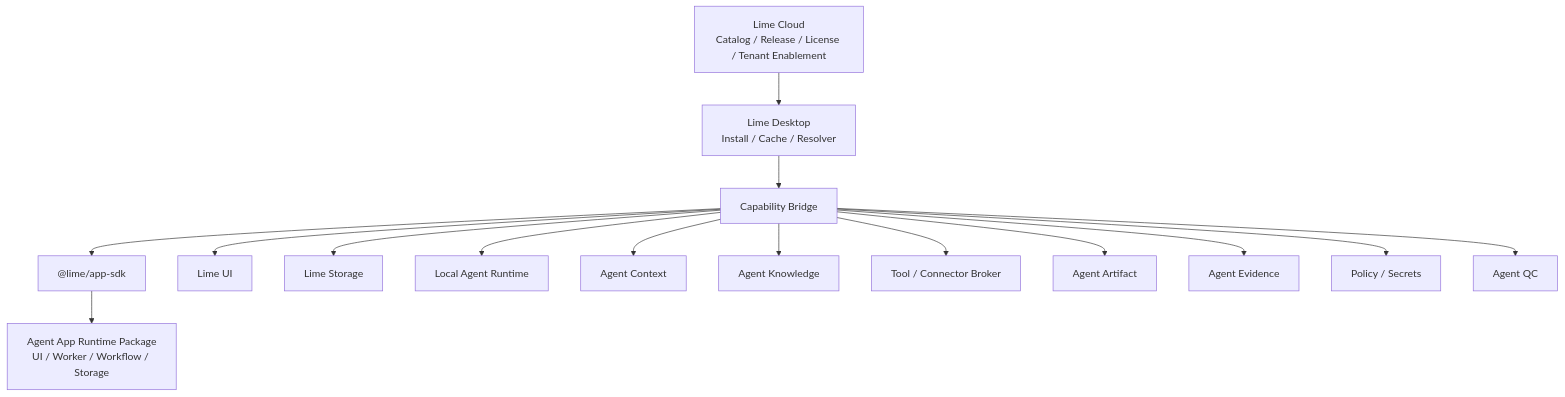
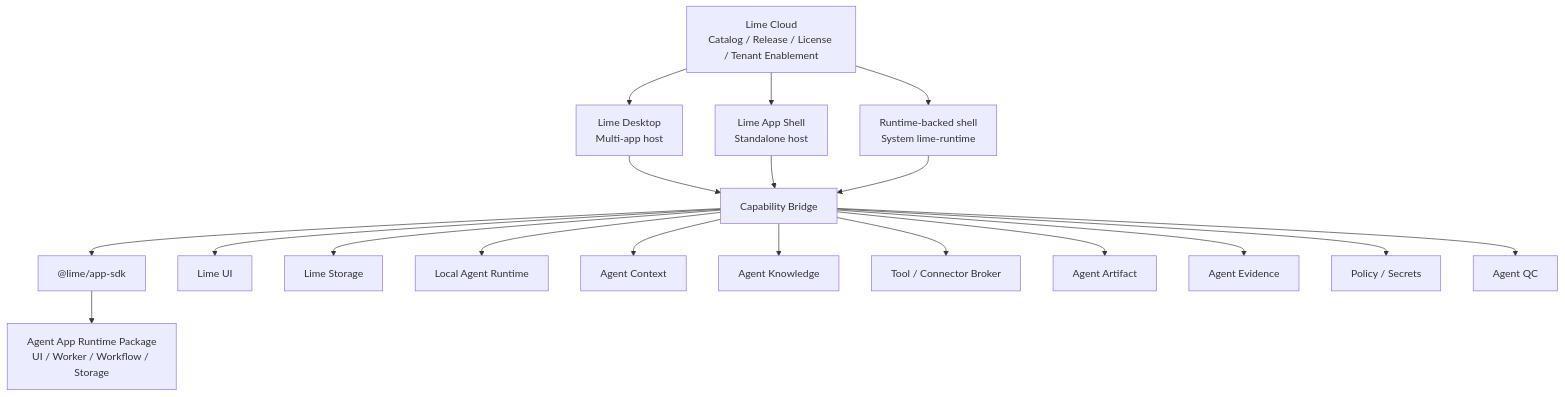
Before and after one commit to limecloud/agentapp: the third of 3 diagrams in docs/en/what-is-agent-app.md, drawn with Mermaid. The commit also changed other lines of this file and 52 other files, not shown here.

````diff
--- a/docs/en/what-is-agent-app.md
+++ b/docs/en/what-is-agent-app.md
@@ -110,20 +116,26 @@
 ```mermaid
 flowchart TD
   Cloud[Lime Cloud
 Catalog / Release / License / Tenant Enablement] --> Desktop[Lime Desktop
-Install / Cache / Resolver]
+Multi-app host]
+  Cloud --> Shell[Lime App Shell
+Standalone host]
+  Cloud --> RuntimeBacked[Runtime-backed shell
+System lime-runtime]
   Desktop --> Bridge[Capability Bridge]
+  Shell --> Bridge
+  RuntimeBacked --> Bridge
   Bridge --> SDK["@lime/app-sdk"]
   SDK --> App[Agent App Runtime Package
 UI / Worker / Workflow / Storage]
   Bridge --> UI[Lime UI]
   Bridge --> Storage[Lime Storage]
   Bridge --> Runtime[Local Agent Runtime]
   Bridge --> Context[Agent Context]
   Bridge --> Knowledge[Agent Knowledge]
   Bridge --> Tools[Tool / Connector Broker]
   Bridge --> Artifact[Agent Artifact]
   Bridge --> Evidence[Agent Evidence]
   Bridge --> Policy[Policy / Secrets]
   Bridge --> QC[Agent QC]
 ```
````
